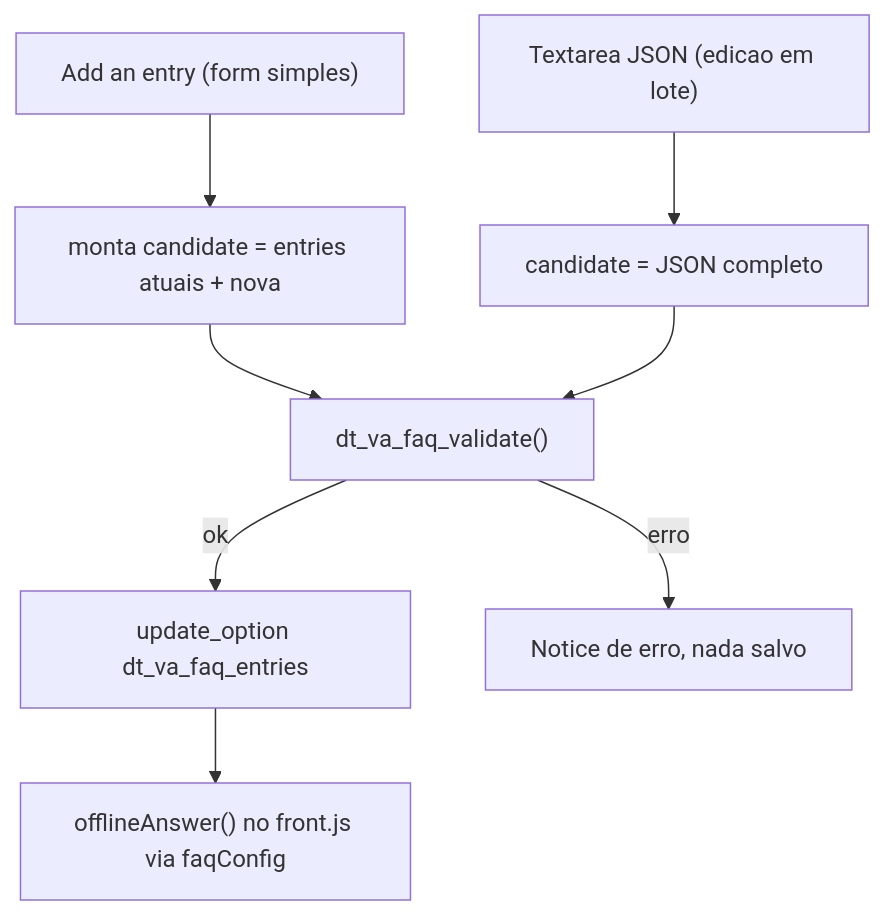
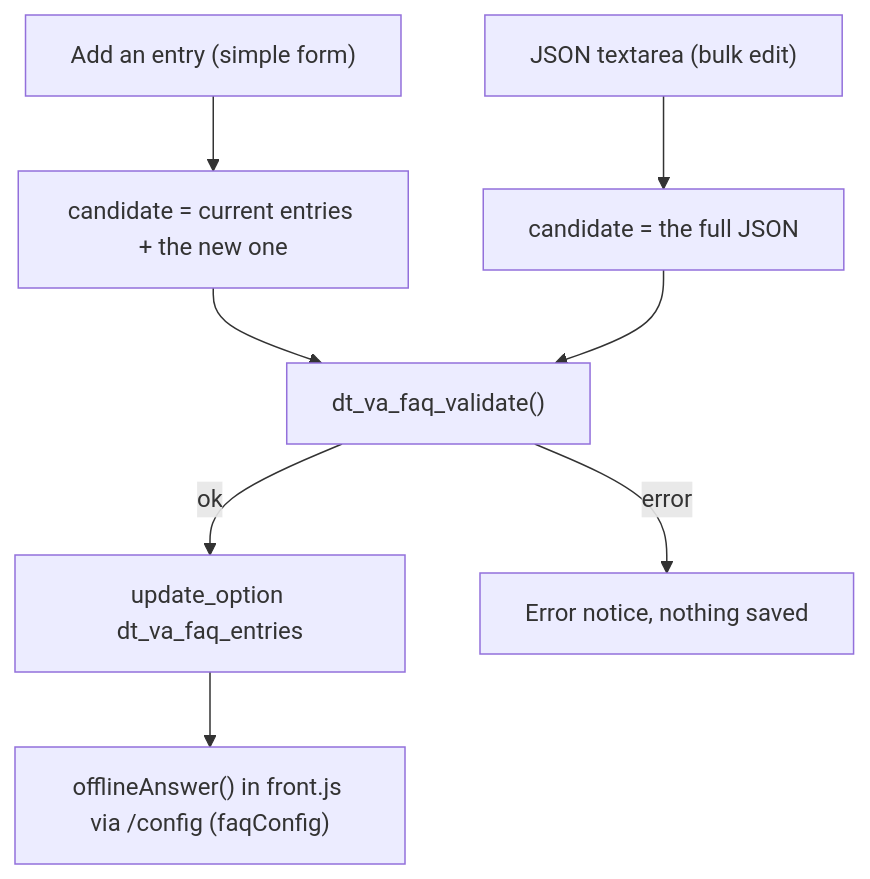
One commit to henriqpohl/dovetail-studio changed the third of 3 diagrams in modules/virtual-assistant/docs/admin-config-flow.md. Above: the diagram before and after it, drawn with Mermaid. The commit also changed other lines of this file and 139 other files, not shown here.

````diff
--- a/modules/virtual-assistant/docs/admin-config-flow.md
+++ b/modules/virtual-assistant/docs/admin-config-flow.md
@@ -29,10 +29,10 @@
 ```mermaid
 flowchart TD
-    F1["Add an entry (form simples)"] --> F2["monta candidate = entries atuais + nova"]
-    F3["Textarea JSON (edicao em lote)"] --> F2b["candidate = JSON completo"]
+    F1["Add an entry (simple form)"] --> F2["candidate = current entries + the new one"]
+    F3["JSON textarea (bulk edit)"] --> F2b["candidate = the full JSON"]
     F2 --> F4["dt_va_faq_validate()"]
     F2b --> F4
     F4 -->|ok| F5["update_option dt_va_faq_entries"]
-    F4 -->|erro| F6["Notice de erro, nada salvo"]
-    F5 --> F7["offlineAnswer() no front.js via faqConfig"]
+    F4 -->|error| F6["Error notice, nothing saved"]
+    F5 --> F7["offlineAnswer() in front.js via /config (faqConfig)"]
 ```
````
